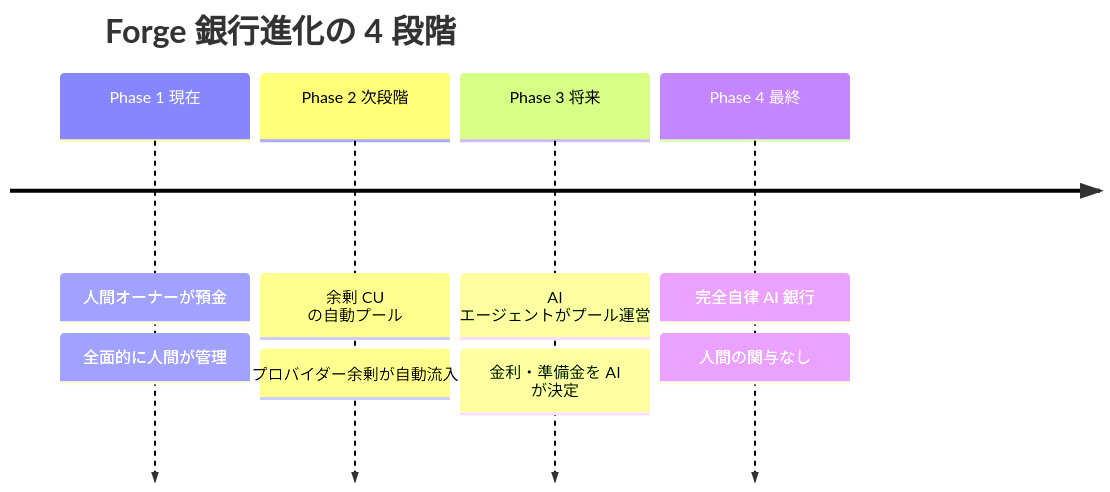
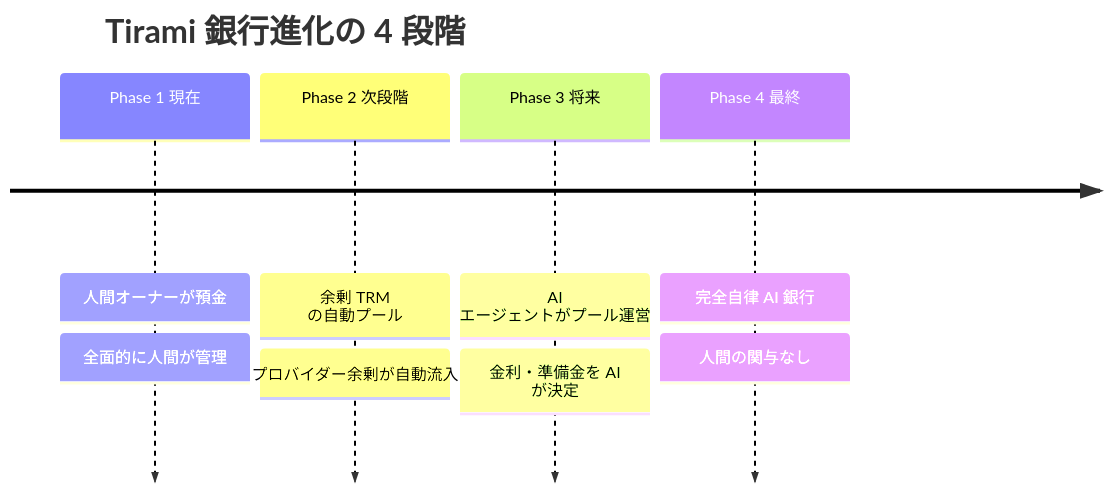
Before and after one commit to clearclown/forge-economics: the diagram in docs/05-banking.md, drawn with Mermaid. The commit also changed other lines of this file and 34 other files, not shown here.

First line of the commit message:
docs: Forge → Tirami, CU → TRM rename across all files

````diff
--- a/docs/05-banking.md
+++ b/docs/05-banking.md
@@ -588,8 +588,8 @@
 ```mermaid
 timeline
-    title Forge 銀行進化の 4 段階
+    title Tirami 銀行進化の 4 段階
     Phase 1 現在 : 人間オーナーが預金 : 全面的に人間が管理
-    Phase 2 次段階 : 余剰 CU の自動プール : プロバイダー余剰が自動流入
+    Phase 2 次段階 : 余剰 TRM の自動プール : プロバイダー余剰が自動流入
     Phase 3 将来 : AI エージェントがプール運営 : 金利・準備金を AI が決定
     Phase 4 最終 : 完全自律 AI 銀行 : 人間の関与なし
 ```
````
